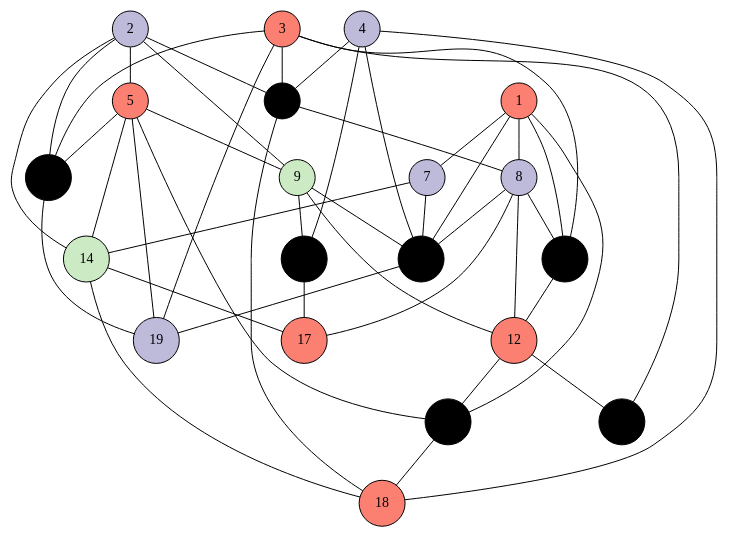
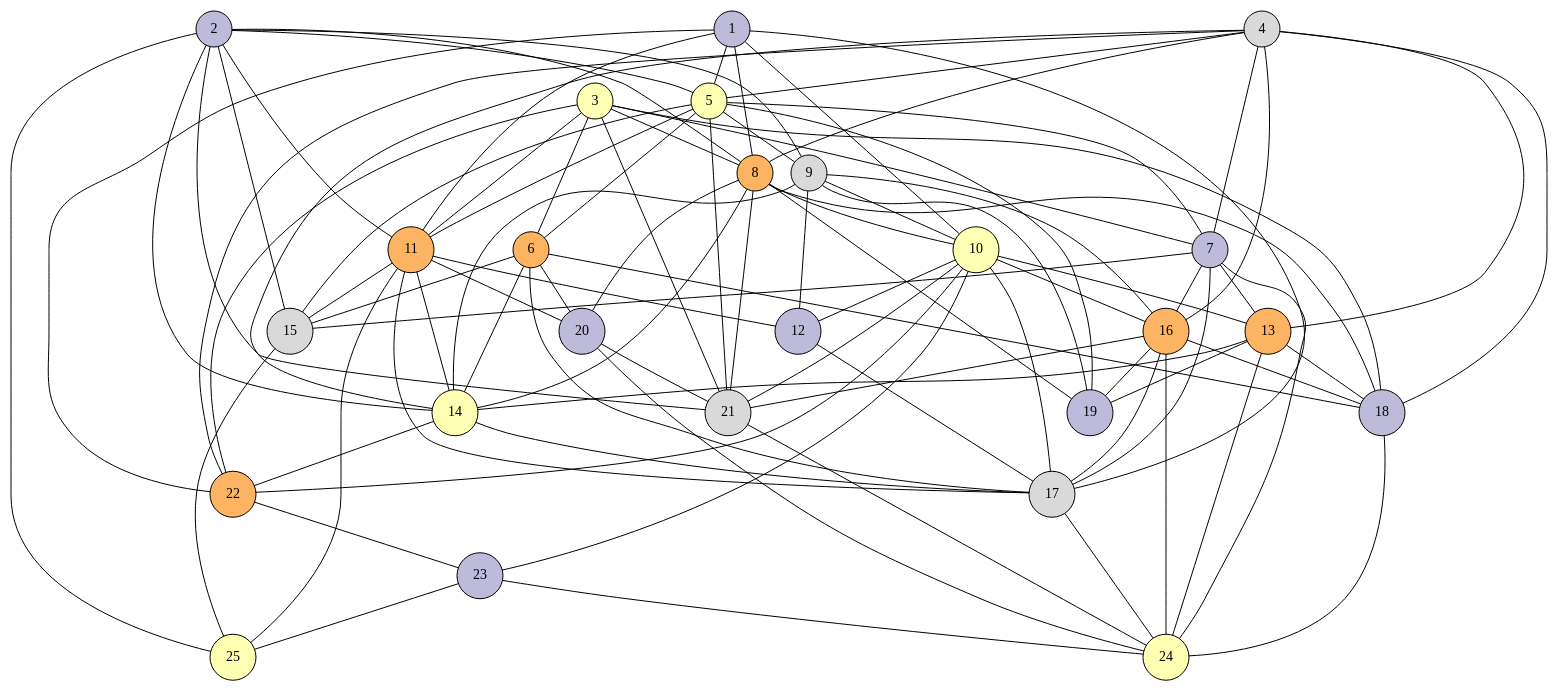
Before and after one commit to migueltoro/Proyecto_ampl: the diagram in ampl/scripts/color.gv, drawn with Graphviz. The commit also changed 2 other files, not shown here.

```diff
--- a/ampl/scripts/color.gv
+++ b/ampl/scripts/color.gv
@@ -1,68 +1,120 @@
 graph Coloring {
   graph [overlap=false];
   node [shape=circle, style=filled, colorscheme="set312"];
-  1 [label="1", fillcolor="4"];
+  1 [label="1", fillcolor="3"];
   2 [label="2", fillcolor="3"];
-  3 [label="3", fillcolor="4"];
-  4 [label="4", fillcolor="3"];
-  5 [label="5", fillcolor="4"];
-  6 [label="6", fillcolor="16"];
+  3 [label="3", fillcolor="2"];
+  4 [label="4", fillcolor="9"];
+  5 [label="5", fillcolor="2"];
+  6 [label="6", fillcolor="6"];
   7 [label="7", fillcolor="3"];
-  8 [label="8", fillcolor="3"];
-  9 [label="9", fillcolor="11"];
-  10 [label="10", fillcolor="16"];
-  11 [label="11", fillcolor="16"];
-  12 [label="12", fillcolor="4"];
-  13 [label="13", fillcolor="16"];
-  14 [label="14", fillcolor="11"];
-  15 [label="15", fillcolor="16"];
-  16 [label="16", fillcolor="16"];
-  17 [label="17", fillcolor="4"];
-  18 [label="18", fillcolor="4"];
+  8 [label="8", fillcolor="6"];
+  9 [label="9", fillcolor="9"];
+  10 [label="10", fillcolor="2"];
+  11 [label="11", fillcolor="6"];
+  12 [label="12", fillcolor="3"];
+  13 [label="13", fillcolor="6"];
+  14 [label="14", fillcolor="2"];
+  15 [label="15", fillcolor="9"];
+  16 [label="16", fillcolor="6"];
+  17 [label="17", fillcolor="9"];
+  18 [label="18", fillcolor="3"];
   19 [label="19", fillcolor="3"];
-  20 [label="20", fillcolor="16"];
-  1 -- 7;
+  20 [label="20", fillcolor="3"];
+  21 [label="21", fillcolor="9"];
+  22 [label="22", fillcolor="6"];
+  23 [label="23", fillcolor="3"];
+  24 [label="24", fillcolor="2"];
+  25 [label="25", fillcolor="2"];
+  1 -- 5;
   1 -- 8;
   1 -- 10;
-  1 -- 13;
-  1 -- 16;
+  1 -- 11;
+  1 -- 17;
+  1 -- 22;
   2 -- 5;
-  2 -- 6;
+  2 -- 8;
   2 -- 9;
+  2 -- 11;
   2 -- 14;
   2 -- 15;
+  2 -- 21;
+  2 -- 25;
   3 -- 6;
-  3 -- 10;
-  3 -- 15;
-  3 -- 19;
-  3 -- 20;
-  4 -- 6;
-  4 -- 11;
+  3 -- 7;
+  3 -- 8;
+  3 -- 11;
+  3 -- 18;
+  3 -- 21;
+  3 -- 22;
+  4 -- 5;
+  4 -- 7;
+  4 -- 8;
   4 -- 13;
+  4 -- 14;
+  4 -- 16;
   4 -- 18;
+  4 -- 22;
+  5 -- 6;
+  5 -- 7;
   5 -- 9;
-  5 -- 14;
+  5 -- 11;
   5 -- 15;
-  5 -- 16;
   5 -- 19;
-  6 -- 8;
+  5 -- 21;
+  6 -- 14;
+  6 -- 15;
+  6 -- 17;
   6 -- 18;
+  6 -- 20;
   7 -- 13;
-  7 -- 14;
+  7 -- 15;
+  7 -- 16;
+  7 -- 17;
+  7 -- 24;
   8 -- 10;
-  8 -- 12;
-  8 -- 13;
-  8 -- 17;
-  9 -- 11;
+  8 -- 14;
+  8 -- 18;
+  8 -- 19;
+  8 -- 20;
+  8 -- 21;
+  9 -- 10;
   9 -- 12;
-  9 -- 13;
+  9 -- 14;
+  9 -- 16;
+  9 -- 19;
   10 -- 12;
+  10 -- 13;
+  10 -- 16;
+  10 -- 17;
+  10 -- 21;
+  10 -- 22;
+  10 -- 23;
+  11 -- 12;
+  11 -- 14;
+  11 -- 15;
   11 -- 17;
-  12 -- 16;
-  12 -- 20;
+  11 -- 20;
+  11 -- 25;
+  12 -- 17;
+  13 -- 14;
+  13 -- 18;
   13 -- 19;
+  13 -- 24;
   14 -- 17;
-  14 -- 18;
-  15 -- 19;
+  14 -- 22;
+  15 -- 25;
+  16 -- 17;
   16 -- 18;
+  16 -- 19;
+  16 -- 21;
+  16 -- 24;
+  17 -- 24;
+  18 -- 24;
+  20 -- 21;
+  20 -- 24;
+  21 -- 24;
+  22 -- 23;
+  23 -- 24;
+  23 -- 25;
 }
```
